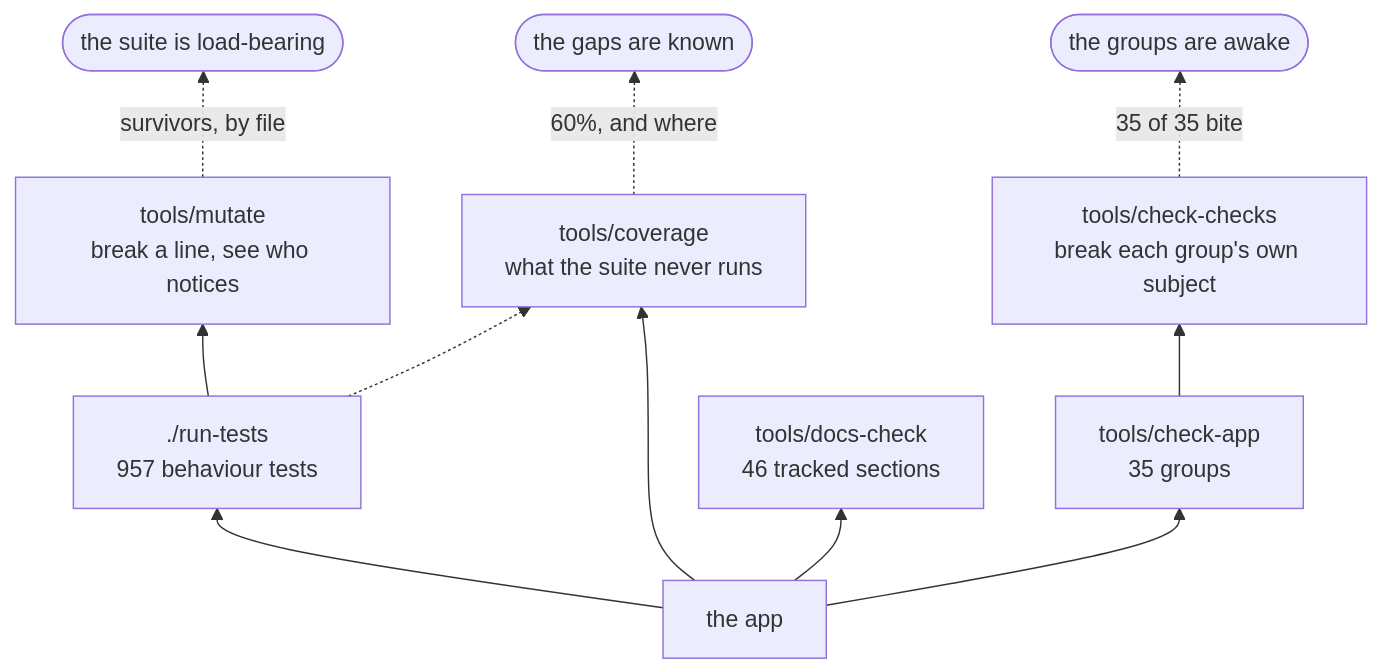
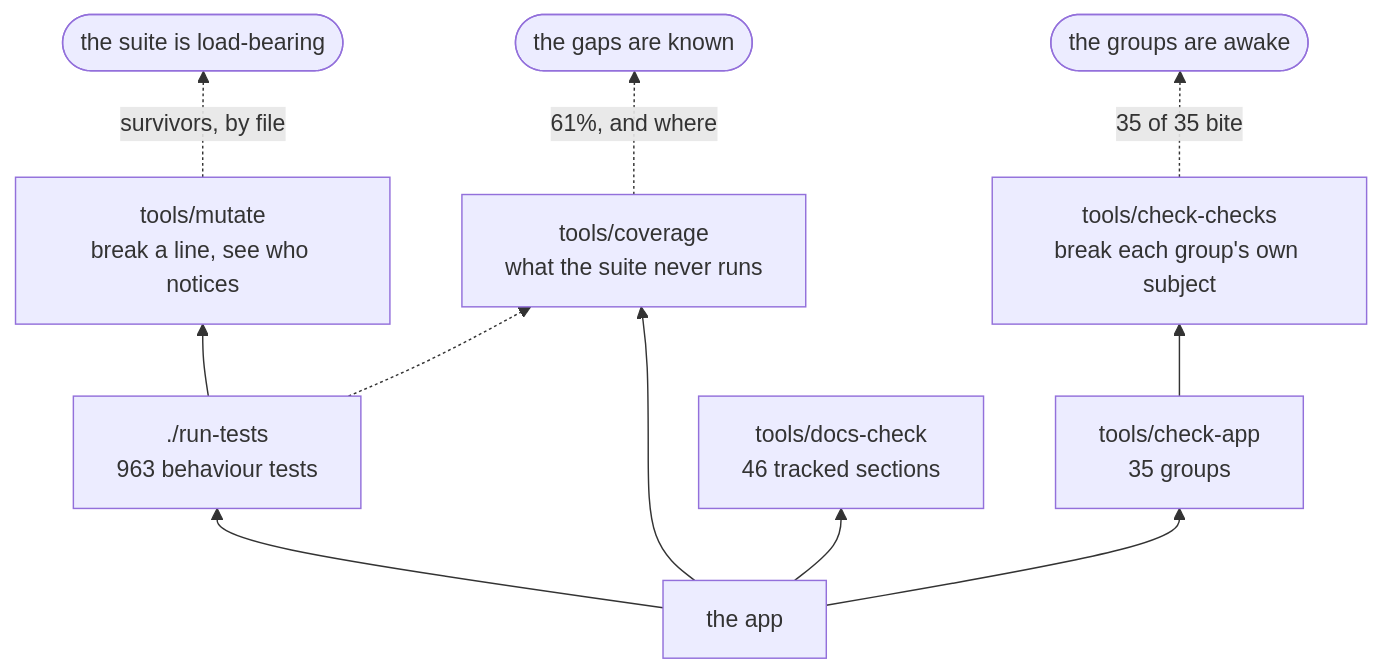
The second of 3 diagrams in docs/DEVELOPING.md (minormending/crystal-pilot-mobile), drawn with Mermaid before and after one commit. The commit also changed other lines of this file and 10 other files, not shown here.

````diff
--- a/docs/DEVELOPING.md
+++ b/docs/DEVELOPING.md
@@ -128,13 +128,13 @@
 ```mermaid
 flowchart BT
-    C["the app"] --> T["./run-tests<br/>957 behaviour tests"]
+    C["the app"] --> T["./run-tests<br/>963 behaviour tests"]
     C --> A["tools/check-app<br/>35 groups"]
     C --> D["tools/docs-check<br/>46 tracked sections"]
     C --> V["tools/coverage<br/>what the suite never runs"]
     T --> M["tools/mutate<br/>break a line, see who notices"]
     A --> K["tools/check-checks<br/>break each group's own subject"]
     T -.-> V
     M -.->|"survivors, by file"| R(["the suite is load-bearing"])
     K -.->|"35 of 35 bite"| R2(["the groups are awake"])
-    V -.->|"60%, and where"| R3(["the gaps are known"])
+    V -.->|"61%, and where"| R3(["the gaps are known"])
 ```
````
